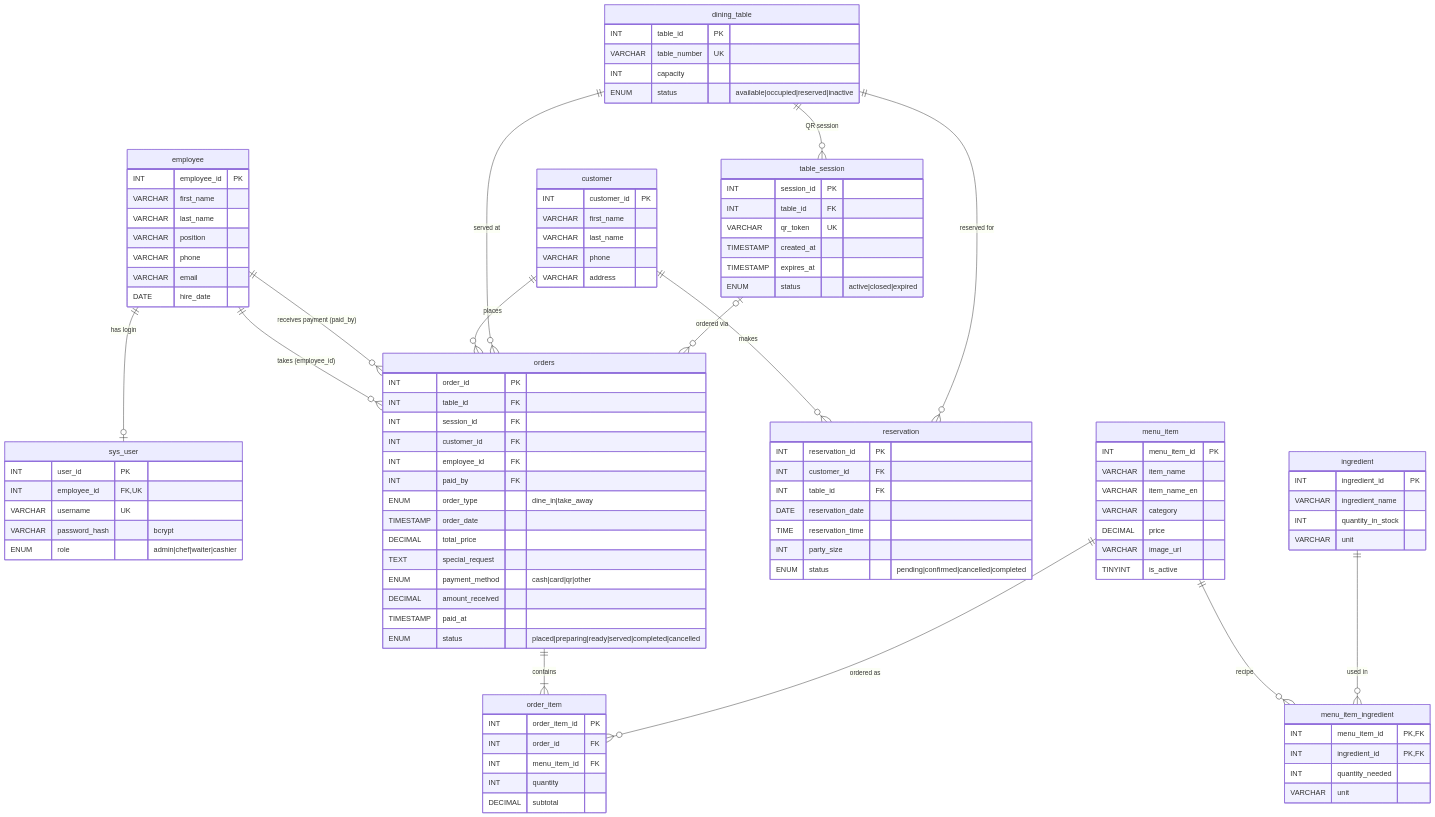
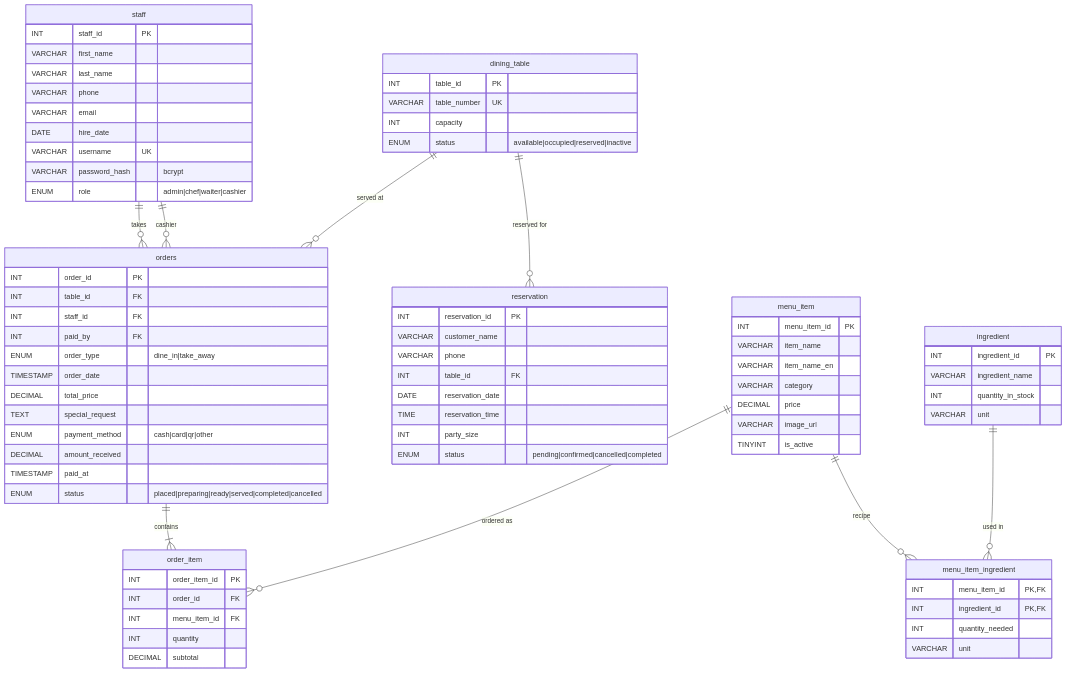
One commit to White481/Restaurant_ahn changed the diagram in docs/er-diagram.md. Above: the diagram before and after it, drawn with Mermaid. The commit also changed other lines of this file and 15 other files, not shown here.

First line of the commit message:
Finish 8-table migration: cashier fix, TiDB migration, docs

````diff
--- a/docs/er-diagram.md
+++ b/docs/er-diagram.md
@@ -8,41 +8,24 @@
 ```mermaid
 erDiagram
-    employee ||--o| sys_user : "has login"
-    employee ||--o{ orders : "takes (employee_id)"
-    employee ||--o{ orders : "receives payment (paid_by)"
-    customer ||--o{ orders : places
-    customer ||--o{ reservation : makes
+    staff ||--o{ orders : "takes"
+    staff ||--o{ orders : "cashier"
     dining_table ||--o{ reservation : "reserved for"
-    dining_table ||--o{ table_session : "QR session"
     dining_table ||--o{ orders : "served at"
-    table_session |o--o{ orders : "ordered via"
     orders ||--|{ order_item : contains
     menu_item ||--o{ order_item : "ordered as"
     menu_item ||--o{ menu_item_ingredient : "recipe"
     ingredient ||--o{ menu_item_ingredient : "used in"
 
-    employee {
-        INT employee_id PK
+    staff {
+        INT staff_id PK
         VARCHAR first_name
         VARCHAR last_name
-        VARCHAR position
         VARCHAR phone
         VARCHAR email
         DATE hire_date
-    }
-    sys_user {
-        INT user_id PK
-        INT employee_id FK,UK
         VARCHAR username UK
         VARCHAR password_hash "bcrypt"
         ENUM role "admin|chef|waiter|cashier"
-    }
-    customer {
-        INT customer_id PK
-        VARCHAR first_name
-        VARCHAR last_name
-        VARCHAR phone
-        VARCHAR address
     }
     dining_table {
         INT table_id PK
@@ -50,17 +33,10 @@
         INT capacity
         ENUM status "available|occupied|reserved|inactive"
     }
-    table_session {
-        INT session_id PK
-        INT table_id FK
-        VARCHAR qr_token UK
-        TIMESTAMP created_at
-        TIMESTAMP expires_at
-        ENUM status "active|closed|expired"
-    }
     reservation {
         INT reservation_id PK
-        INT customer_id FK
+        VARCHAR customer_name
+        VARCHAR phone
         INT table_id FK
         DATE reservation_date
         TIME reservation_time
@@ -91,9 +67,7 @@
     orders {
         INT order_id PK
         INT table_id FK
-        INT session_id FK
-        INT customer_id FK
-        INT employee_id FK
+        INT staff_id FK
         INT paid_by FK
         ENUM order_type "dine_in|take_away"
         TIMESTAMP order_date
````
